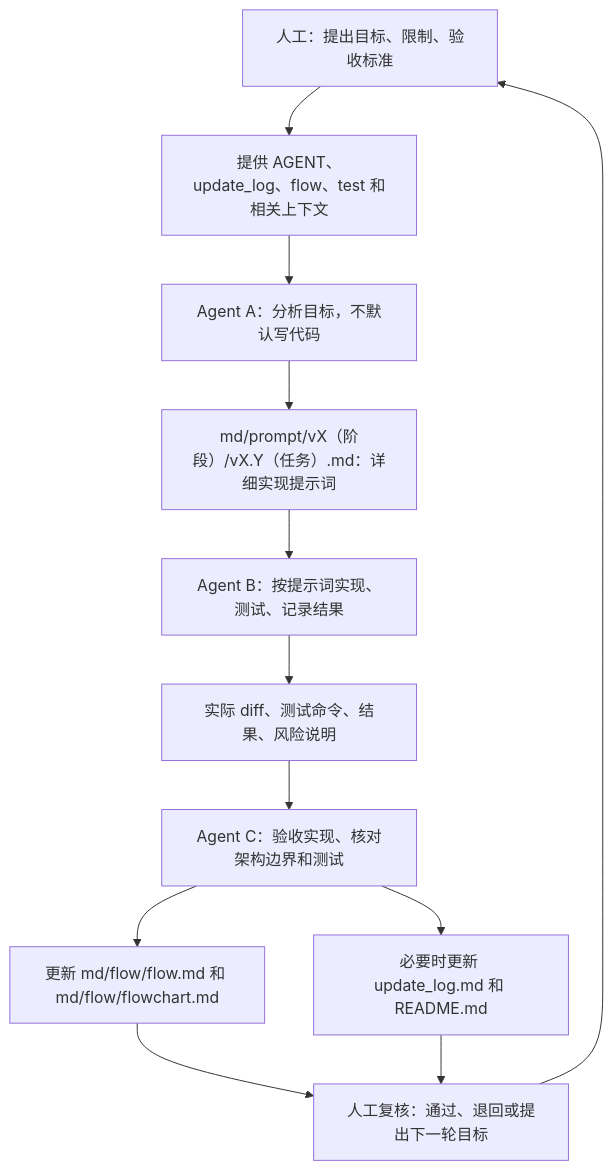
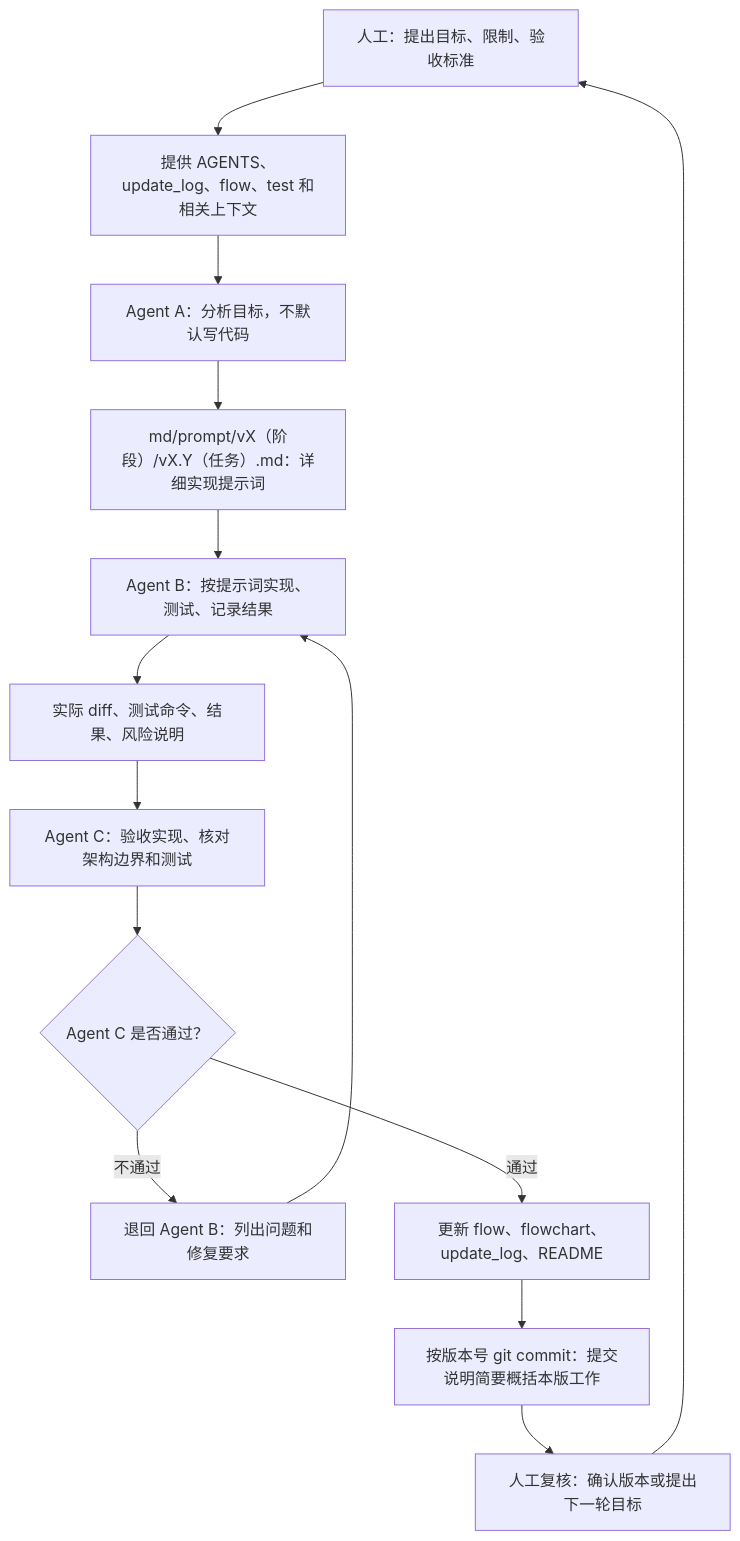
The fourth of 4 diagrams in md/flow/flowchart.md (Altman-sam114/117), drawn with Mermaid before and after one commit. The commit also changed other lines of this file and 4 other files, not shown here.

````diff
--- a/md/flow/flowchart.md
+++ b/md/flow/flowchart.md
@@ -88,14 +88,16 @@
 ```mermaid
 flowchart TD
-  Human["人工：提出目标、限制、验收标准"] --> Context["提供 AGENT、update_log、flow、test 和相关上下文"]
+  Human["人工：提出目标、限制、验收标准"] --> Context["提供 AGENTS、update_log、flow、test 和相关上下文"]
   Context --> AgentA["Agent A：分析目标，不默认写代码"]
   AgentA --> Prompt["md/prompt/vX（阶段）/vX.Y（任务）.md：详细实现提示词"]
   Prompt --> AgentB["Agent B：按提示词实现、测试、记录结果"]
   AgentB --> Diff["实际 diff、测试命令、结果、风险说明"]
   Diff --> AgentC["Agent C：验收实现、核对架构边界和测试"]
-  AgentC --> FlowUpdate["更新 md/flow/flow.md 和 md/flow/flowchart.md"]
-  AgentC --> LogUpdate["必要时更新 update_log.md 和 README.md"]
-  FlowUpdate --> HumanReview["人工复核：通过、退回或提出下一轮目标"]
-  LogUpdate --> HumanReview
+  AgentC --> Decision{"Agent C 是否通过？"}
+  Decision -- "不通过" --> ReturnB["退回 Agent B：列出问题和修复要求"]
+  ReturnB --> AgentB
+  Decision -- "通过" --> FlowUpdate["更新 flow、flowchart、update_log、README"]
+  FlowUpdate --> Commit["按版本号 git commit：提交说明简要概括本版工作"]
+  Commit --> HumanReview["人工复核：确认版本或提出下一轮目标"]
   HumanReview --> Human
 ```
````
